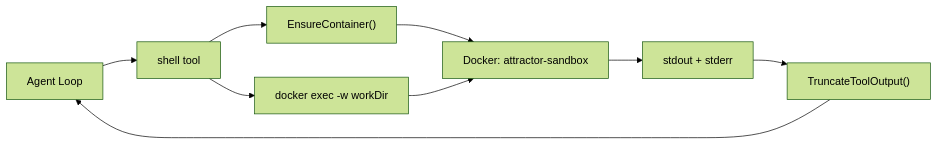
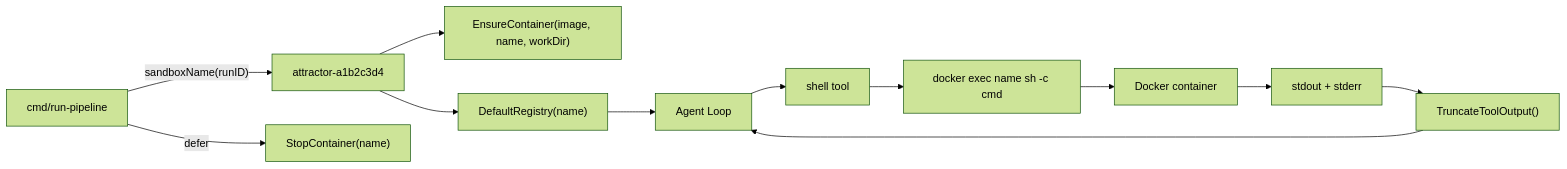
Before and after one commit to campallison/attractor: the fifth of 11 diagrams in docs/architecture.md, drawn with Mermaid (forest theme). The commit also changed other lines of this file and 11 other files, not shown here.

First line of the commit message:
Replace singleton Docker sandbox with per-run sandbox identity

````diff
--- a/docs/architecture.md
+++ b/docs/architecture.md
@@ -214,11 +214,14 @@
 ```mermaid
 flowchart LR
-    Agent["Agent Loop"] --> ShellTool["shell tool"]
-    ShellTool --> EnsureContainer["EnsureContainer()"]
-    EnsureContainer --> Docker["Docker: attractor-sandbox"]
-    ShellTool --> DockerExec["docker exec -w workDir"]
-    DockerExec --> Docker
+    Runner["cmd/run-pipeline"] -->|"sandboxName(runID)"| Name["attractor-a1b2c3d4"]
+    Name --> EnsureContainer["EnsureContainer(image, name, workDir)"]
+    Name --> Registry["DefaultRegistry(name)"]
+    Registry --> Agent["Agent Loop"]
+    Agent --> ShellTool["shell tool"]
+    ShellTool --> DockerExec["docker exec name sh -c cmd"]
+    DockerExec --> Docker["Docker container"]
     Docker --> Output["stdout + stderr"]
     Output --> Truncate["TruncateToolOutput()"]
     Truncate --> Agent
+    Runner -->|"defer"| StopContainer["StopContainer(name)"]
 ```
````
